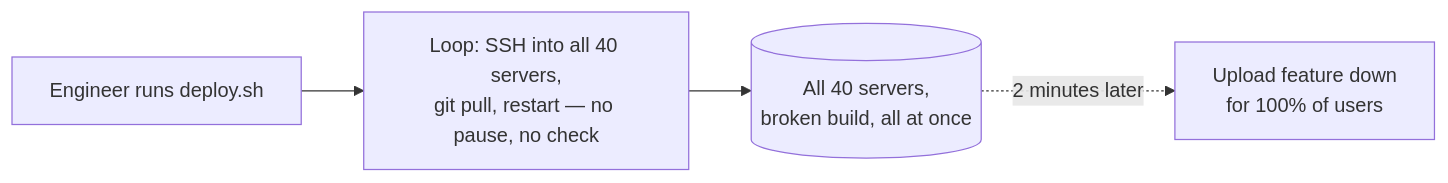
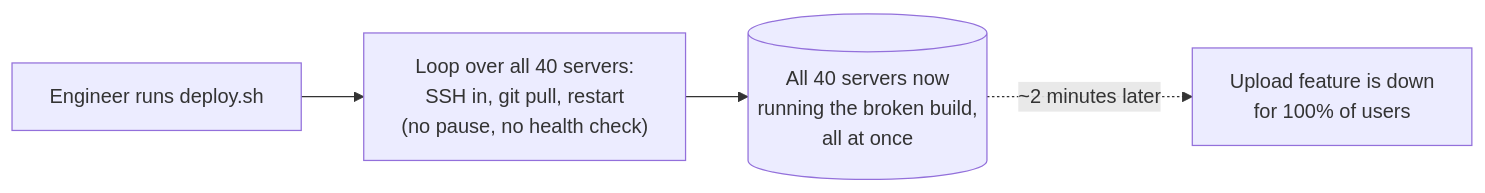
Before and after one commit to riyaz-pasha/Learnings: the first of 13 diagrams in system-design/HLD/0-course/40-Design-a-Deployment-System-FAANG-Guide-story.md, drawn with Mermaid. The commit also changed other lines of this file and 1 other file, not shown here.

Commit message:
[REWRITE] Deployment System story guide: simplify prose, add structure, fix diagrams

````diff
--- a/system-design/HLD/0-course/40-Design-a-Deployment-System-FAANG-Guide-story.md
+++ b/system-design/HLD/0-course/40-Design-a-Deployment-System-FAANG-Guide-story.md
@@ -17,6 +65,6 @@
 ```mermaid
 flowchart LR
-    Dev["Engineer runs deploy.sh"] --> SSH["Loop: SSH into all 40 servers,\ngit pull, restart — no pause, no check"]
-    SSH --> Fleet[("All 40 servers,\nbroken build, all at once")]
-    Fleet -.->|"2 minutes later"| Down["Upload feature down\nfor 100% of users"]
+    Dev["Engineer runs deploy.sh"] --> SSH["Loop over all 40 servers:<br/>SSH in, git pull, restart<br/>(no pause, no health check)"]
+    SSH --> Fleet[("All 40 servers now<br/>running the broken build,<br/>all at once")]
+    Fleet -.->|"~2 minutes later"| Down["Upload feature is down<br/>for 100% of users"]
 ```
````
